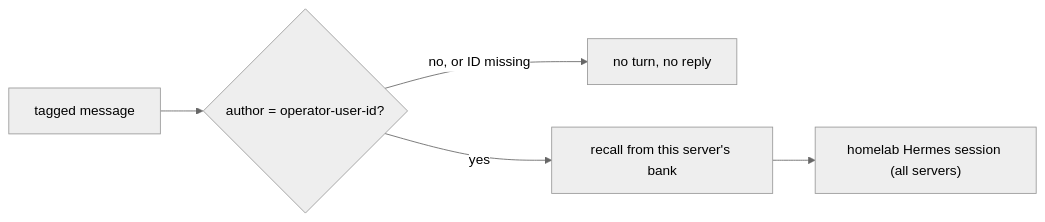
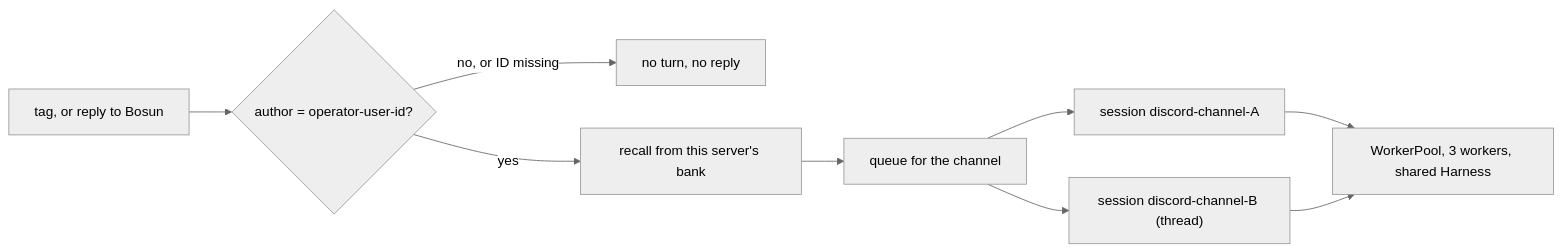
The second of 3 diagrams in projects/factory/discord/server-agents.md (jomcgi-org/homelab), drawn with Mermaid (neutral theme) before and after one commit. The commit also changed other lines of this file and 13 other files, not shown here.

First line of the commit message:
feat(discord): give each channel its own Hermes session, three at once

````diff
--- a/projects/factory/discord/server-agents.md
+++ b/projects/factory/discord/server-agents.md
@@ -119,7 +132,10 @@
 ```mermaid
 flowchart LR
-  M["tagged message"] --> J{"author = operator-user-id?"}
+  M["tag, or reply to Bosun"] --> J{"author = operator-user-id?"}
   J -- "no, or ID missing" --> X["no turn, no reply"]
   J -- "yes" --> R["recall from this server's bank"]
-  R --> S["homelab Hermes session (all servers)"]
+  R --> Q["queue for the channel"]
+  Q --> S1["session discord-channel-A"]
+  Q --> S2["session discord-channel-B (thread)"]
+  S1 & S2 --> P["WorkerPool, 3 workers, shared Harness"]
 ```
````
